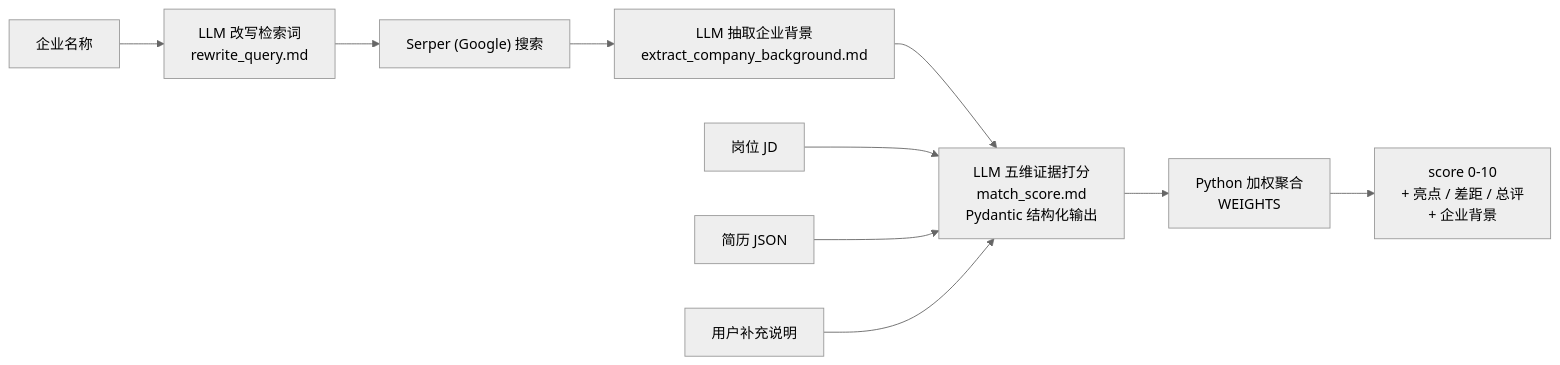
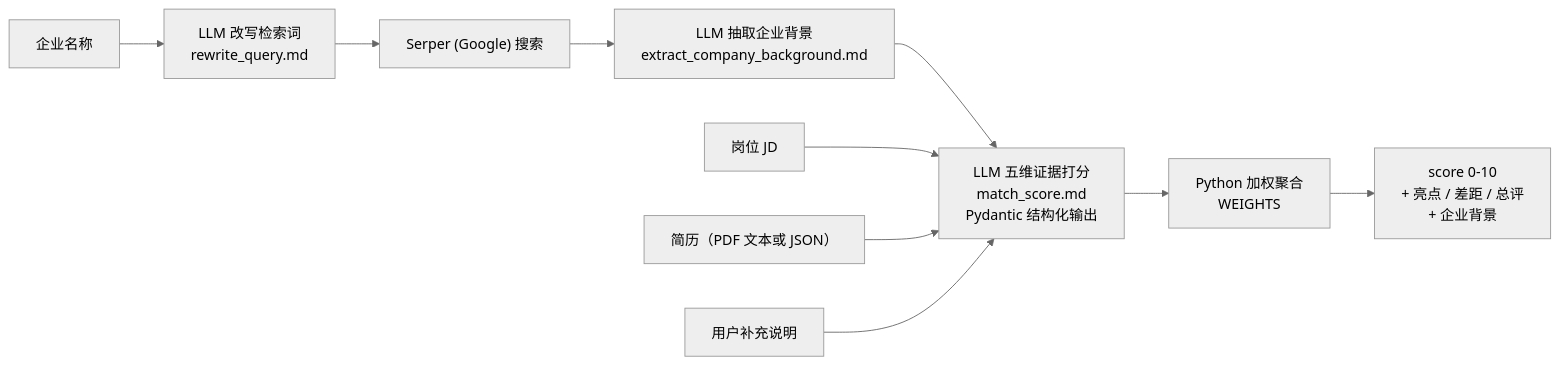
The second of 2 diagrams in README.md (tmracy/Resume-Match), drawn with Mermaid (neutral theme) before and after one commit. The commit also changed other lines of this file, not shown here.

````diff
--- a/README.md
+++ b/README.md
@@ -20,12 +43,12 @@
 ```mermaid
 flowchart LR
     A[企业名称] --> B["LLM 改写检索词<br/>rewrite_query.md"]
     B --> C["Serper (Google) 搜索"]
     C --> D["LLM 抽取企业背景<br/>extract_company_background.md"]
     D --> E["LLM 五维证据打分<br/>match_score.md<br/>Pydantic 结构化输出"]
     F[岗位 JD] --> E
-    G[简历 JSON] --> E
+    G["简历（PDF 文本或 JSON）"] --> E
     H[用户补充说明] --> E
     E --> I["Python 加权聚合<br/>WEIGHTS"]
     I --> J["score 0-10<br/>+ 亮点 / 差距 / 总评<br/>+ 企业背景"]
 ```
````
